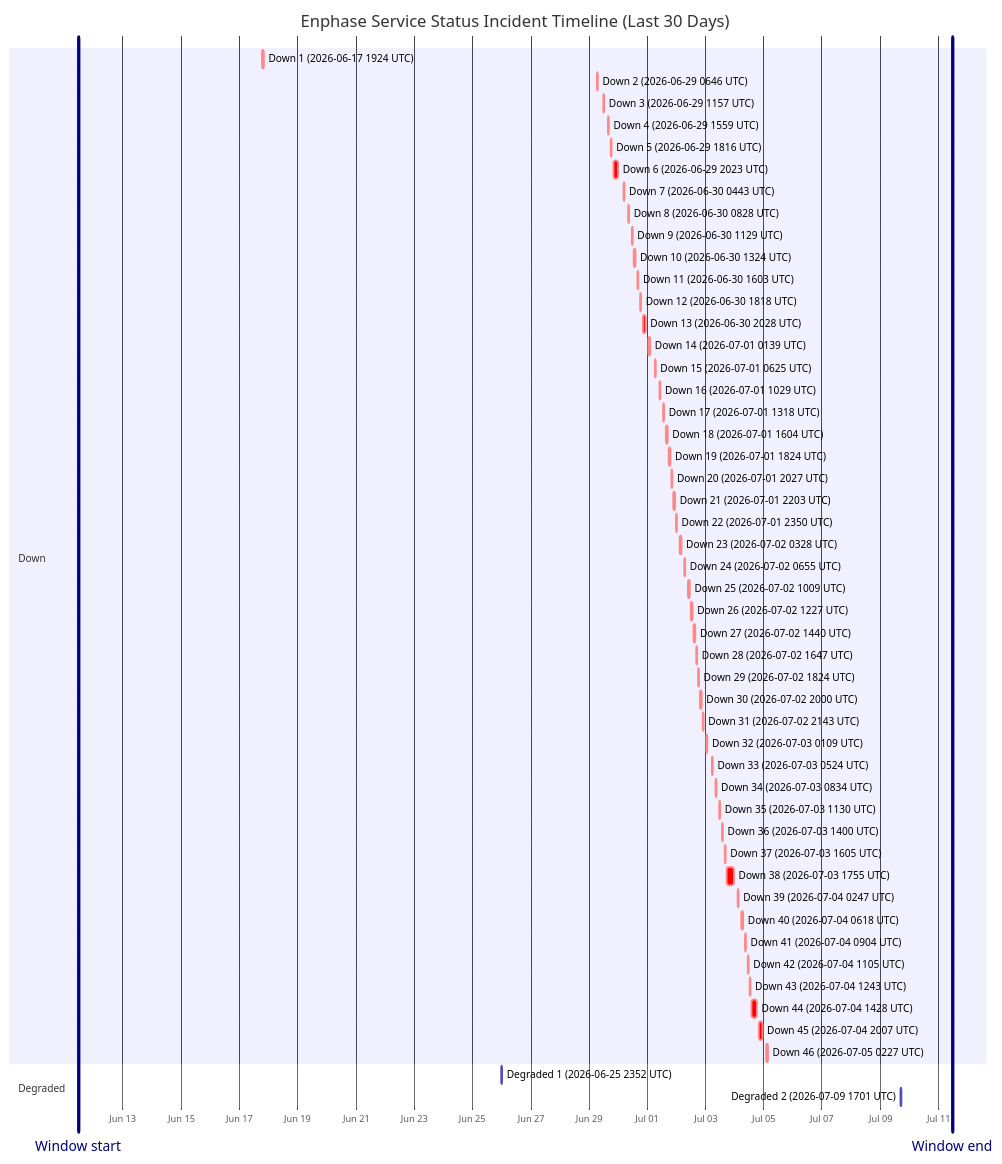
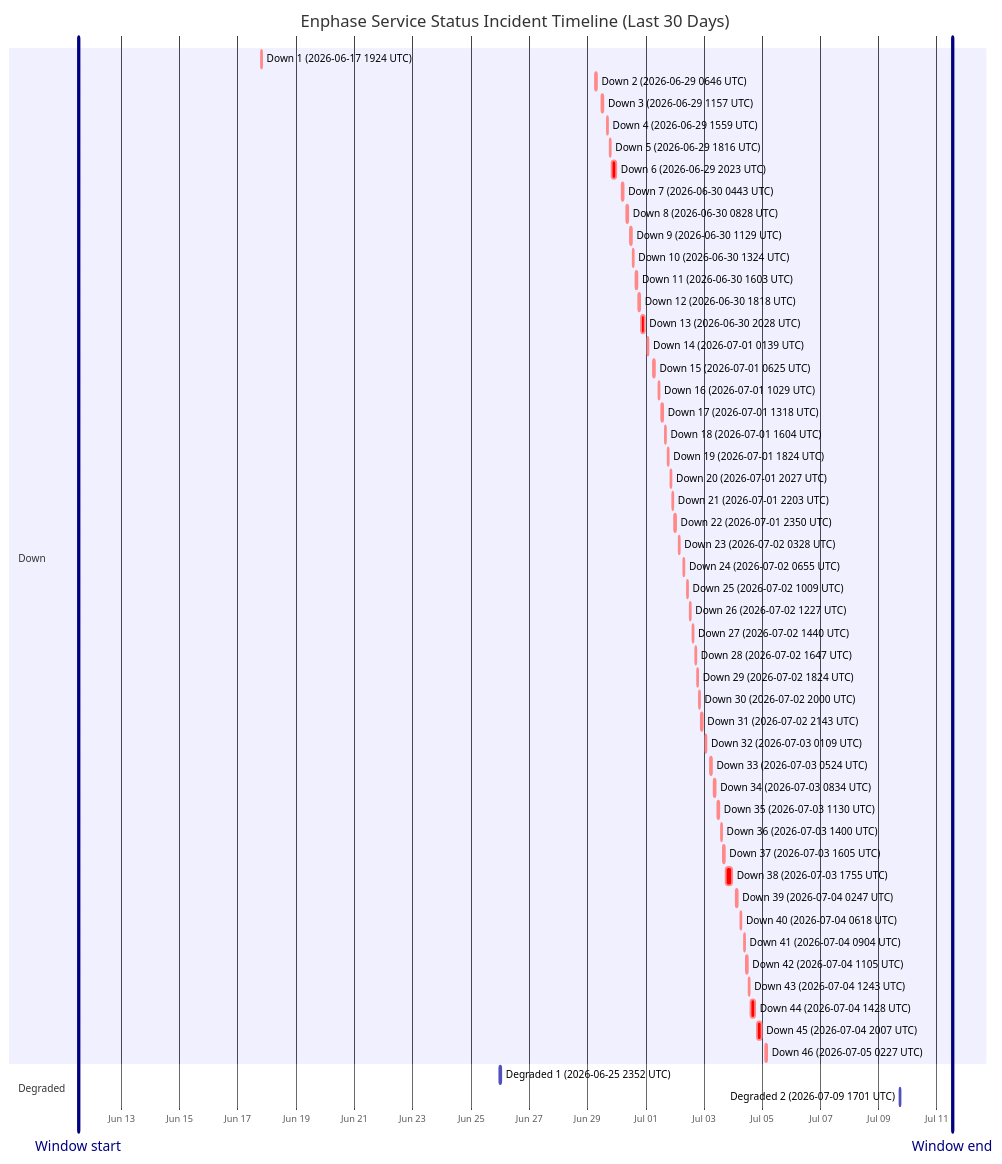
The diagram in wiki/Service-Status-History.md (barneyonline/ha-enphase-energy), drawn with Mermaid before and after one commit. The commit also changed other lines of this file and 3 other files, not shown here.

````diff
--- a/wiki/Service-Status-History.md
+++ b/wiki/Service-Status-History.md
@@ -14,58 +14,58 @@
 ```mermaid
 gantt
     title Enphase Service Status Incident Timeline (Last 30 Days)
     dateFormat  YYYY-MM-DDTHH:mm:ss
     axisFormat  %b %d
-    Window start :vert, window-start, 2026-06-11T11:29:06, 0ms
-    Window end :vert, window-end, 2026-07-11T11:29:06, 0ms
+    Window start :vert, window-start, 2026-06-11T12:31:45, 0ms
+    Window end :vert, window-end, 2026-07-11T12:31:45, 0ms
     section Down
     Down 1 (2026-06-17 1924 UTC) :crit, down-1, 2026-06-17T19:24:51, 60m
     Down 2 (2026-06-29 0646 UTC) :crit, down-2, 2026-06-29T06:46:18, 60m
     Down 3 (2026-06-29 1157 UTC) :crit, down-3, 2026-06-29T11:57:36, 60m
     Down 4 (2026-06-29 1559 UTC) :crit, down-4, 2026-06-29T15:59:02, 60m
     Down 5 (2026-06-29 1816 UTC) :crit, down-5, 2026-06-29T18:16:38, 60m
     Down 6 (2026-06-29 2023 UTC) :crit, down-6, 2026-06-29T20:23:16, 220m
     Down 7 (2026-06-30 0443 UTC) :crit, down-7, 2026-06-30T04:43:54, 60m
     Down 8 (2026-06-30 0828 UTC) :crit, down-8, 2026-06-30T08:28:43, 60m
     Down 9 (2026-06-30 1129 UTC) :crit, down-9, 2026-06-30T11:29:15, 60m
     Down 10 (2026-06-30 1324 UTC) :crit, down-10, 2026-06-30T13:24:25, 60m
     Down 11 (2026-06-30 1603 UTC) :crit, down-11, 2026-06-30T16:03:26, 60m
     Down 12 (2026-06-30 1818 UTC) :crit, down-12, 2026-06-30T18:18:39, 60m
     Down 13 (2026-06-30 2028 UTC) :crit, down-13, 2026-06-30T20:28:54, 171m
     Down 14 (2026-07-01 0139 UTC) :crit, down-14, 2026-07-01T01:39:18, 60m
     Down 15 (2026-07-01 0625 UTC) :crit, down-15, 2026-07-01T06:25:35, 60m
     Down 16 (2026-07-01 1029 UTC) :crit, down-16, 2026-07-01T10:29:24, 60m
     Down 17 (2026-07-01 1318 UTC) :crit, down-17, 2026-07-01T13:18:31, 60m
     Down 18 (2026-07-01 1604 UTC) :crit, down-18, 2026-07-01T16:04:29, 60m
     Down 19 (2026-07-01 1824 UTC) :crit, down-19, 2026-07-01T18:24:21, 60m
     Down 20 (2026-07-01 2027 UTC) :crit, down-20, 2026-07-01T20:27:17, 60m
     Down 21 (2026-07-01 2203 UTC) :crit, down-21, 2026-07-01T22:03:46, 60m
     Down 22 (2026-07-01 2350 UTC) :crit, down-22, 2026-07-01T23:50:52, 60m
     Down 23 (2026-07-02 0328 UTC) :crit, down-23, 2026-07-02T03:28:33, 60m
     Down 24 (2026-07-02 0655 UTC) :crit, down-24, 2026-07-02T06:55:07, 60m
     Down 25 (2026-07-02 1009 UTC) :crit, down-25, 2026-07-02T10:09:15, 60m
     Down 26 (2026-07-02 1227 UTC) :crit, down-26, 2026-07-02T12:27:49, 60m
     Down 27 (2026-07-02 1440 UTC) :crit, down-27, 2026-07-02T14:40:53, 60m
     Down 28 (2026-07-02 1647 UTC) :crit, down-28, 2026-07-02T16:47:47, 60m
     Down 29 (2026-07-02 1824 UTC) :crit, down-29, 2026-07-02T18:24:26, 60m
     Down 30 (2026-07-02 2000 UTC) :crit, down-30, 2026-07-02T20:00:57, 60m
     Down 31 (2026-07-02 2143 UTC) :crit, down-31, 2026-07-02T21:43:52, 80m
     Down 32 (2026-07-03 0109 UTC) :crit, down-32, 2026-07-03T01:09:19, 60m
     Down 33 (2026-07-03 0524 UTC) :crit, down-33, 2026-07-03T05:24:23, 60m
     Down 34 (2026-07-03 0834 UTC) :crit, down-34, 2026-07-03T08:34:05, 60m
     Down 35 (2026-07-03 1130 UTC) :crit, down-35, 2026-07-03T11:30:41, 60m
     Down 36 (2026-07-03 1400 UTC) :crit, down-36, 2026-07-03T14:00:48, 60m
     Down 37 (2026-07-03 1605 UTC) :crit, down-37, 2026-07-03T16:05:49, 60m
     Down 38 (2026-07-03 1755 UTC) :crit, down-38, 2026-07-03T17:55:54, 338m
     Down 39 (2026-07-04 0247 UTC) :crit, down-39, 2026-07-04T02:47:22, 60m
     Down 40 (2026-07-04 0618 UTC) :crit, down-40, 2026-07-04T06:18:09, 60m
     Down 41 (2026-07-04 0904 UTC) :crit, down-41, 2026-07-04T09:04:41, 60m
     Down 42 (2026-07-04 1105 UTC) :crit, down-42, 2026-07-04T11:05:21, 60m
     Down 43 (2026-07-04 1243 UTC) :crit, down-43, 2026-07-04T12:43:25, 60m
     Down 44 (2026-07-04 1428 UTC) :crit, down-44, 2026-07-04T14:28:07, 243m
     Down 45 (2026-07-04 2007 UTC) :crit, down-45, 2026-07-04T20:07:50, 206m
     Down 46 (2026-07-05 0227 UTC) :crit, down-46, 2026-07-05T02:27:32, 109m
     section Degraded
     Degraded 1 (2026-06-25 2352 UTC) :active, degraded-1, 2026-06-25T23:52:01, 60m
     Degraded 2 (2026-07-09 1701 UTC) :active, degraded-2, 2026-07-09T17:01:02, 60m
 ```
````
